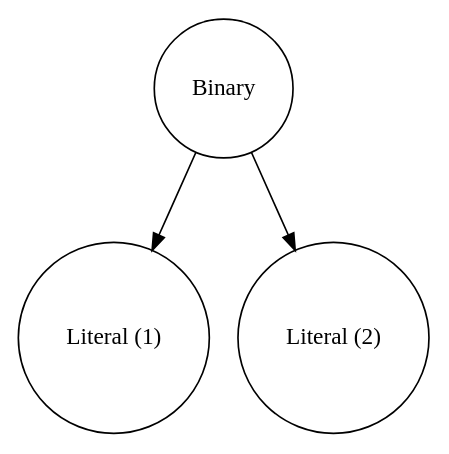
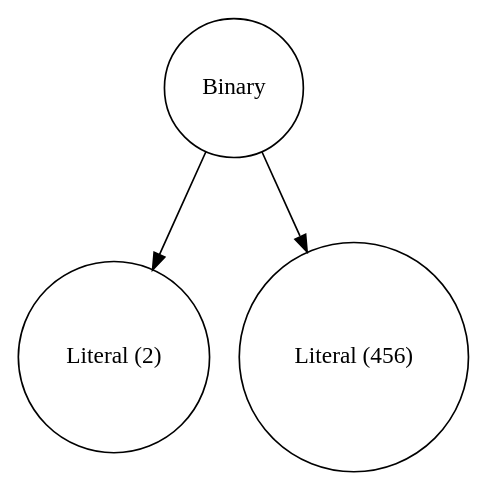
The diagram in CompilerCreationTool/CompilerCreationTool/ast.dot (chosti34/CompilerCreationTool), drawn with Graphviz before and after one commit. The commit also changed 10 other files, not shown here.

```diff
--- a/CompilerCreationTool/CompilerCreationTool/ast.dot
+++ b/CompilerCreationTool/CompilerCreationTool/ast.dot
@@ -1,7 +1,7 @@
 digraph {
 0 [shape="circle" label="Binary"];
-1 [shape="circle" label="Literal (1)"];
-2 [shape="circle" label="Literal (2)"];
+1 [shape="circle" label="Literal (2)"];
+2 [shape="circle" label="Literal (456)"];
 0->1 [label=" "];
 0->2 [label=" "];
 }
```
